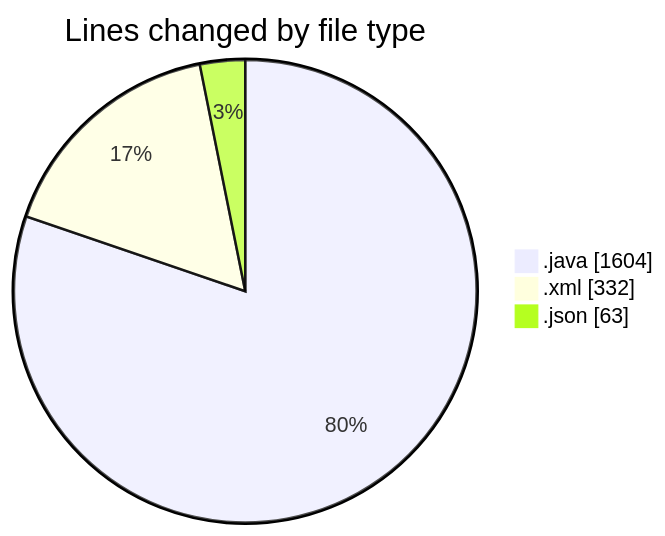
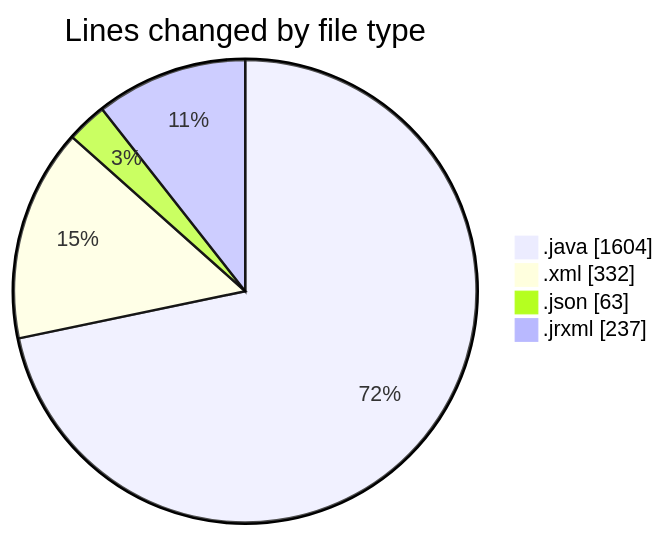
Before and after one commit to ricardozamudiocil/code-tracking: the first of 2 diagrams in 2026-07-07/cilreports__workspace_/README.md, drawn with Mermaid. The commit also changed other lines of this file and 1 other file, not shown here.

````diff
--- a/2026-07-07/cilreports__workspace_/README.md
+++ b/2026-07-07/cilreports__workspace_/README.md
@@ -24,7 +25,8 @@
 ```mermaid
 pie showData
 title Lines changed by file type
 ".java" : 1604
 ".xml" : 332
 ".json" : 63
+".jrxml" : 237
 ```
````
